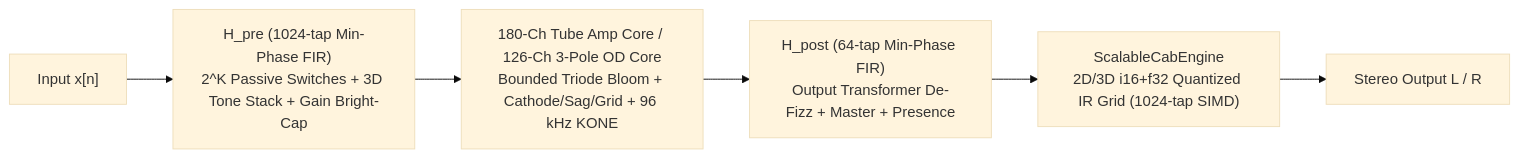
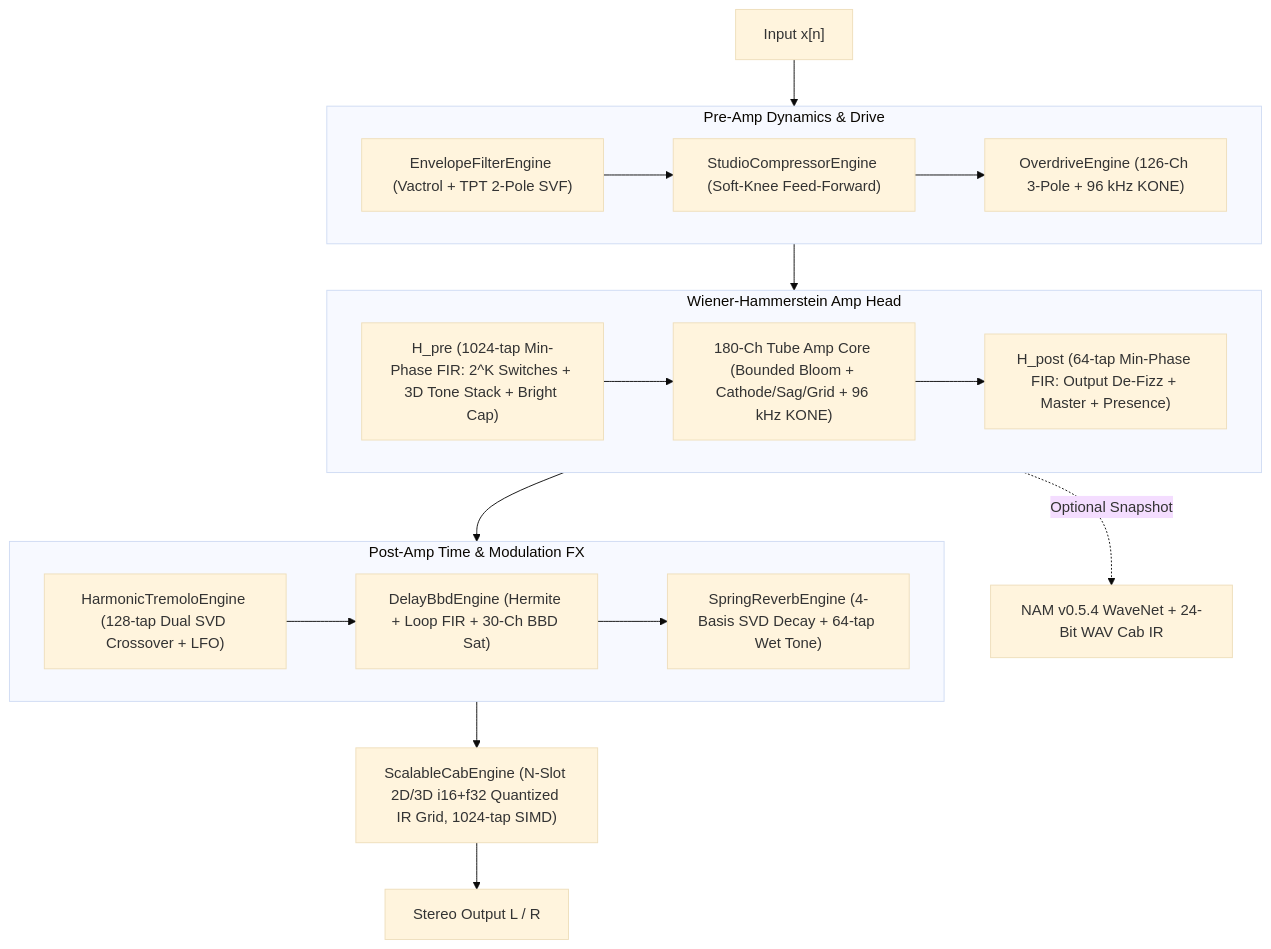
One commit to colganr/cleanroom-dsp-profiler changed the diagram in README.md. Above: the diagram before and after it, drawn with Mermaid (base theme). The commit also changed other lines of this file and 5 other files, not shown here.

Commit message:
Audit and update README, architecture diagram, demo script, and docs for v1.1 FX coverage

````diff
--- a/README.md
+++ b/README.md
@@ -18,8 +18,36 @@
 ```mermaid
-flowchart LR
-    X["Input x[n]"] --> HPRE["H_pre (1024-tap Min-Phase FIR)\n2^K Passive Switches + 3D Tone Stack + Gain Bright-Cap"]
-    HPRE --> NL["180-Ch Tube Amp Core / 126-Ch 3-Pole OD Core\nBounded Triode Bloom + Cathode/Sag/Grid + 96 kHz KONE"]
-    NL --> HPOST["H_post (64-tap Min-Phase FIR)\nOutput Transformer De-Fizz + Master + Presence"]
-    HPOST --> CAB["ScalableCabEngine<N>\n2D/3D i16+f32 Quantized IR Grid (1024-tap SIMD)"]
+flowchart TD
+    X["Input x[n]"] --> PREFX
+
+    subgraph PREFX["Pre-Amp Dynamics & Drive"]
+        direction LR
+        EF["EnvelopeFilterEngine (Vactrol + TPT 2-Pole SVF)"]
+        CMP["StudioCompressorEngine (Soft-Knee Feed-Forward)"]
+        OD["OverdriveEngine (126-Ch 3-Pole + 96 kHz KONE)"]
+        EF --> CMP --> OD
+    end
+
+    PREFX --> AMP
+
+    subgraph AMP["Wiener-Hammerstein Amp Head"]
+        direction LR
+        HPRE["H_pre (1024-tap Min-Phase FIR: 2^K Switches + 3D Tone Stack + Bright Cap)"]
+        NL["180-Ch Tube Amp Core (Bounded Bloom + Cathode/Sag/Grid + 96 kHz KONE)"]
+        HPOST["H_post (64-tap Min-Phase FIR: Output De-Fizz + Master + Presence)"]
+        HPRE --> NL --> HPOST
+    end
+
+    AMP --> POSTFX
+
+    subgraph POSTFX["Post-Amp Time & Modulation FX"]
+        direction LR
+        TREM["HarmonicTremoloEngine (128-tap Dual SVD Crossover + LFO)"]
+        DLY["DelayBbdEngine (Hermite + Loop FIR + 30-Ch BBD Sat)"]
+        REV["SpringReverbEngine (4-Basis SVD Decay + 64-tap Wet Tone)"]
+        TREM --> DLY --> REV
+    end
+
+    POSTFX --> CAB["ScalableCabEngine (N-Slot 2D/3D i16+f32 Quantized IR Grid, 1024-tap SIMD)"]
     CAB --> OUT["Stereo Output L / R"]
+    AMP -. "Optional Snapshot" .-> NAM["NAM v0.5.4 WaveNet + 24-Bit WAV Cab IR"]
 ```
````
